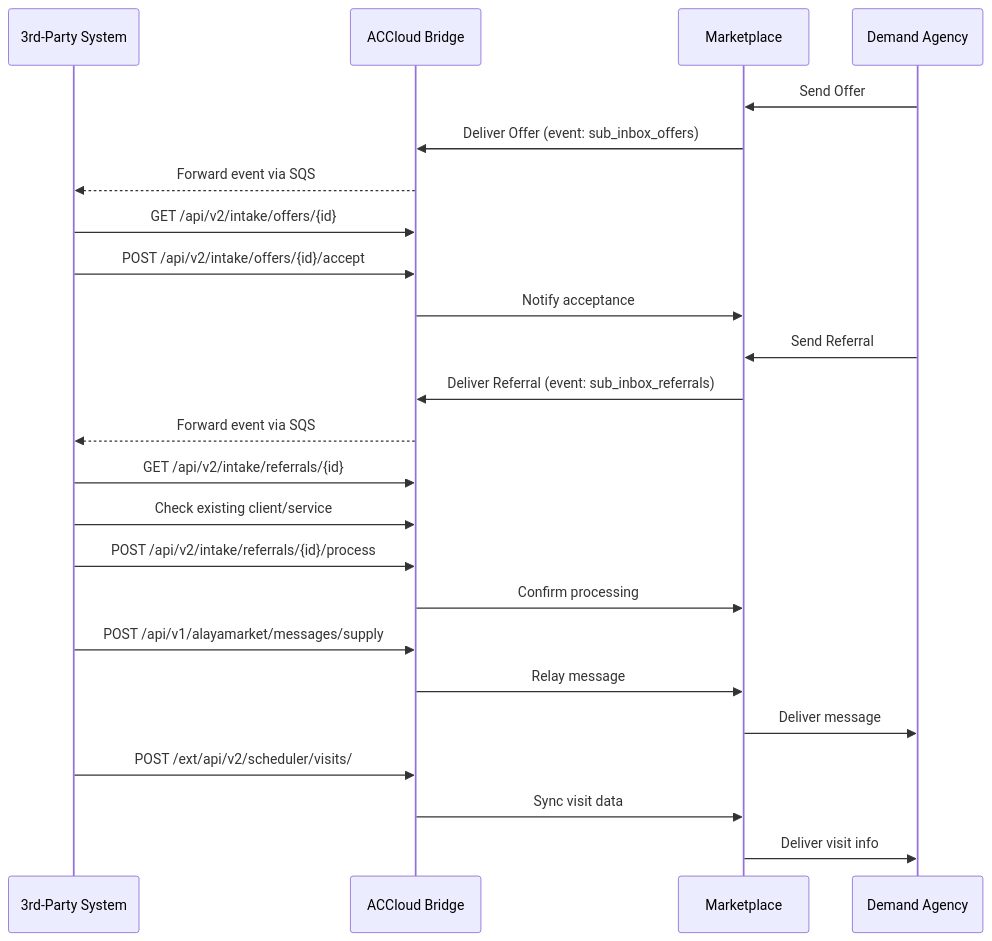
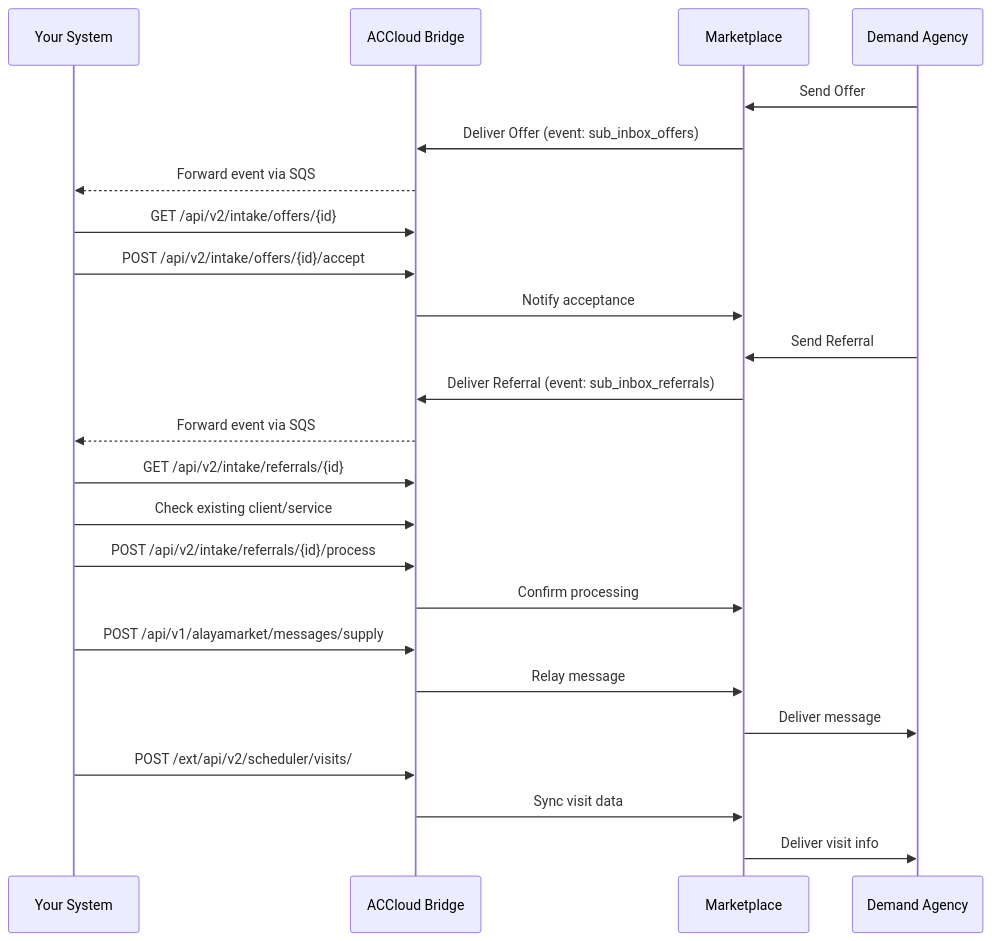
The diagram in README.md (AlayaCare/alayamarket-third-party-integration), drawn with Mermaid before and after one commit. The commit also changed other lines of this file and 6 other files, not shown here.

````diff
--- a/README.md
+++ b/README.md
@@ -14,30 +16,30 @@
 ```mermaid
 sequenceDiagram
-    participant 3P as 3rd-Party System
+    participant 3P as Your System
     participant AC as ACCloud Bridge
     participant MP as Marketplace
     participant DA as Demand Agency
 
     DA->>MP: Send Offer
     MP->>AC: Deliver Offer (event: sub_inbox_offers)
     AC-->>3P: Forward event via SQS
     3P->>AC: GET /api/v2/intake/offers/{id}
     3P->>AC: POST /api/v2/intake/offers/{id}/accept
     AC->>MP: Notify acceptance
 
     DA->>MP: Send Referral
     MP->>AC: Deliver Referral (event: sub_inbox_referrals)
     AC-->>3P: Forward event via SQS
     3P->>AC: GET /api/v2/intake/referrals/{id}
     3P->>AC: Check existing client/service
     3P->>AC: POST /api/v2/intake/referrals/{id}/process
     AC->>MP: Confirm processing
 
     3P->>AC: POST /api/v1/alayamarket/messages/supply
     AC->>MP: Relay message
     MP->>DA: Deliver message
 
     3P->>AC: POST /ext/api/v2/scheduler/visits/
     AC->>MP: Sync visit data
     MP->>DA: Deliver visit info
 ```
````
